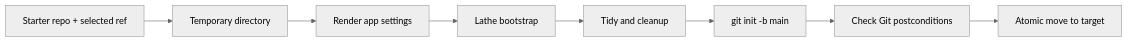
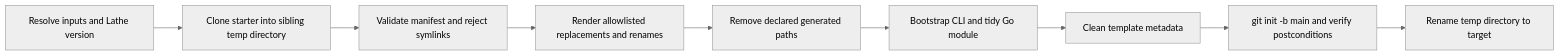
Before and after one commit to lathe-cli/lathe: the diagram in docs/lathe-init-design.md, drawn with Mermaid (neutral theme). The commit also changed other lines of this file and 24 other files, not shown here.

````diff
--- a/docs/lathe-init-design.md
+++ b/docs/lathe-init-design.md
@@ -44,10 +30,11 @@
 ```mermaid
 flowchart LR
-    A["Starter repo + selected ref"] --> B["Temporary directory"]
-    B --> C["Render app settings"]
-    C --> D["Lathe bootstrap"]
-    D --> E["Tidy and cleanup"]
-    E --> F["git init -b main"]
-    F --> G["Check Git postconditions"]
-    G --> H["Atomic move to target"]
+    A["Resolve inputs and Lathe version"] --> B["Clone starter into sibling temp directory"]
+    B --> C["Validate manifest and reject symlinks"]
+    C --> D["Render allowlisted replacements and renames"]
+    D --> E["Remove declared generated paths"]
+    E --> F["Bootstrap CLI and tidy Go module"]
+    F --> G["Clean template metadata"]
+    G --> H["git init -b main and verify postconditions"]
+    H --> I["Rename temp directory to target"]
 ```
````
